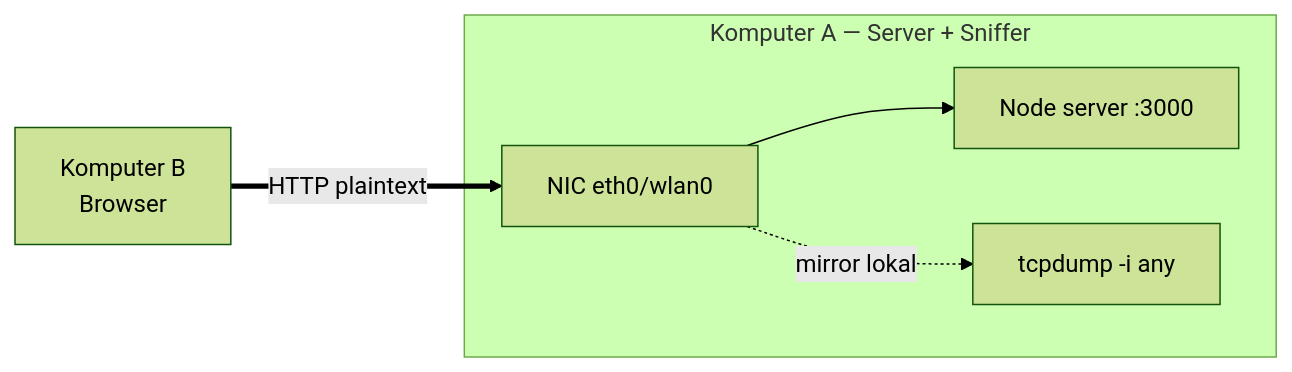
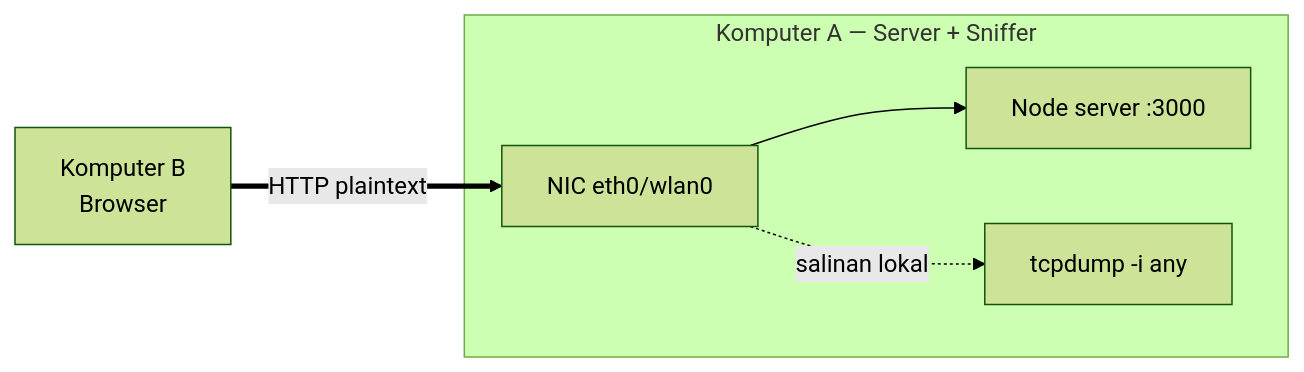
The first of 5 diagrams in demo/login-sniffing/README.md (endymuhardin/materi-kuliah-jaringan-komputer), drawn with Mermaid (forest theme) before and after one commit. The commit also changed other lines of this file, not shown here.

````diff
--- a/demo/login-sniffing/README.md
+++ b/demo/login-sniffing/README.md
@@ -61,12 +61,12 @@
 ```mermaid
 flowchart LR
     B["Komputer B<br/>Browser"]
     subgraph A["Komputer A — Server + Sniffer"]
         nic["NIC eth0/wlan0"]
         server["Node server :3000"]
         sniff["tcpdump -i any"]
         nic --> server
-        nic -. mirror lokal .-> sniff
+        nic -. salinan lokal .-> sniff
     end
     B == HTTP plaintext ==> nic
 ```
````
